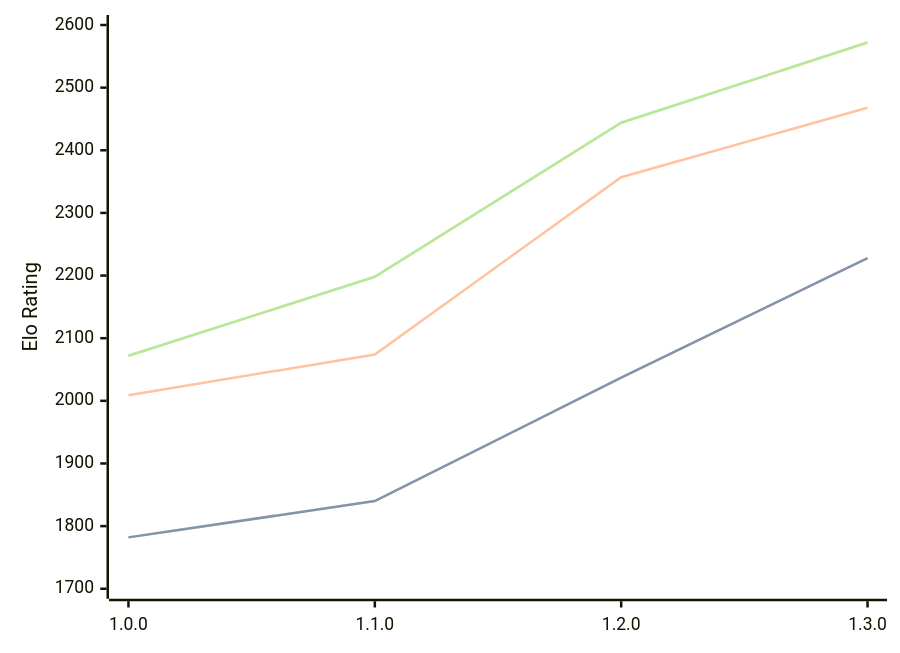
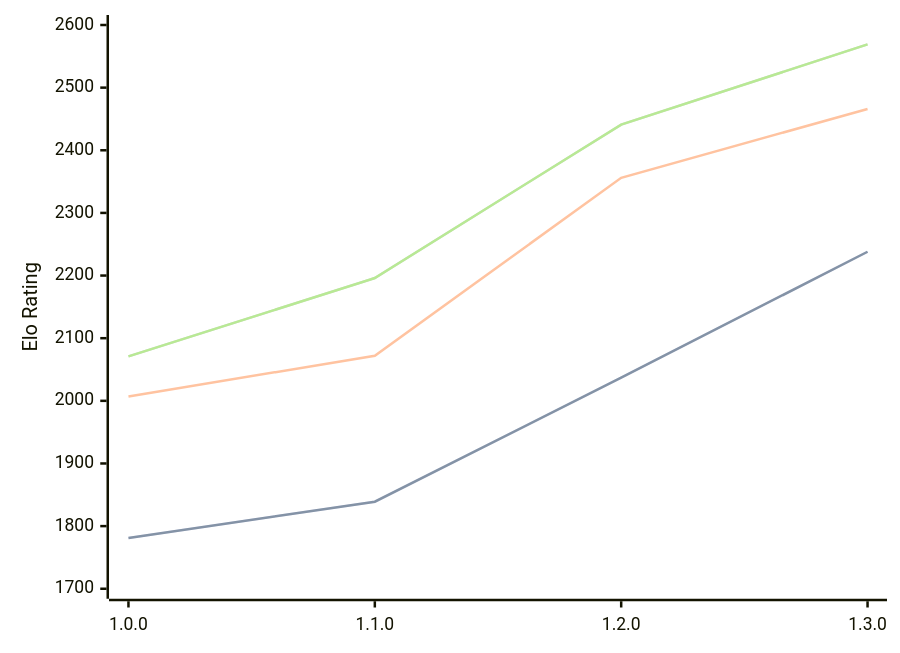
Before and after one commit to computer-chess-index/cci: the diagram in engines/Anodos.md, drawn with Mermaid. The commit also changed other lines of this file, not shown here.

Commit message:
Update CCI Ratings (ELO VLTC) - 2026-02-18

````diff
--- a/engines/Anodos.md
+++ b/engines/Anodos.md
@@ -42,11 +42,11 @@
 ```mermaid
 %%{init: {"theme":"base","themeVariables":{"seriesColors:['#a3a3a3','#222221','#faa371']}}}%%
 xychart-beta
   x-axis ["1.0.0", "1.1.0", "1.2.0", "1.3.0"]
   y-axis "Elo Rating" 1700 --> 2600
-  line "STC (8.0+0.08s)" [1782, 1840, 2037, 2228]
-  line "STC (8.0+0.08s)" [1782, 1840, 2037, 2228]
-  line "LTC (60.0+0.60s)" [2009, 2074, 2357, 2468]
-  line "VLTC (2m24s+1.12s)" [2072, 2198, 2444, 2572]
-  line "VLTC (2m24s+1.12s)" [2072, 2198, 2444, 2572]
+  line "STC (8.0+0.08s)" [1781, 1839, 2037, 2238]
+  line "STC (8.0+0.08s)" [1781, 1839, 2037, 2238]
+  line "LTC (60.0+0.60s)" [2007, 2072, 2356, 2466]
+  line "VLTC (2m24s+1.12s)" [2071, 2196, 2441, 2569]
+  line "VLTC (2m24s+1.12s)" [2071, 2196, 2441, 2569]
 ```
````
